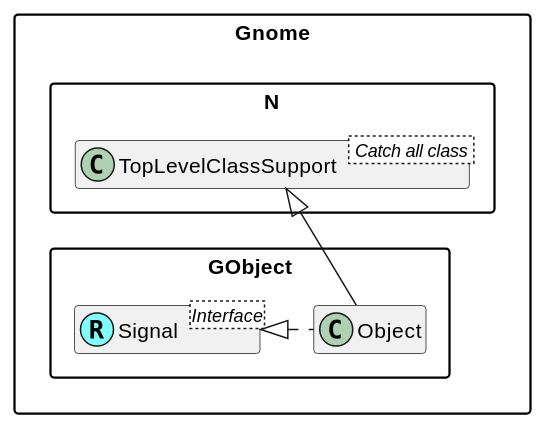
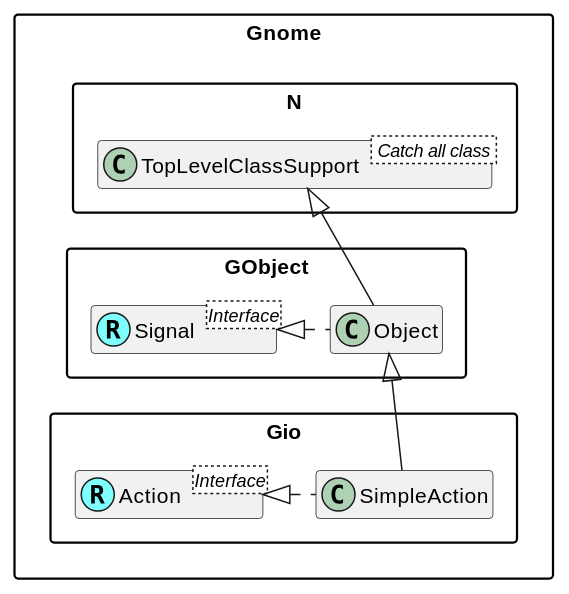
The diagram in doc/plantuml/Gio/SimpleAction.md (MARTIMM/gnome-gtk3), drawn with PlantUML before and after one commit. The commit also changed other lines of this file and 5 other files, not shown here.

````diff
--- a/doc/plantuml/Gio/SimpleAction.md
+++ b/doc/plantuml/Gio/SimpleAction.md
@@ -1,20 +1,26 @@
 ```plantuml
 @startuml
 
 skinparam packageStyle rectangle
 skinparam stereotypeCBackgroundColor #80ffff
 set namespaceSeparator ::
 hide members
 
 'Class and interface decorations
 class Gnome::N::TopLevelClassSupport < Catch all class >
 
 Interface Gnome::GObject::Signal <Interface>
 class Gnome::GObject::Signal <<(R,#80ffff)>>
 
+Interface Gnome::Gio::Action <Interface>
+class Gnome::Gio::Action <<(R,#80ffff)>>
+
 'Class connections
 Gnome::N::TopLevelClassSupport <|-- Gnome::GObject::Object
 Gnome::GObject::Signal <|. Gnome::GObject::Object
 
+Gnome::GObject::Object <|-- Gnome::Gio::SimpleAction
+Gnome::Gio::Action <|. Gnome::Gio::SimpleAction
+
 @enduml
 ```
````
